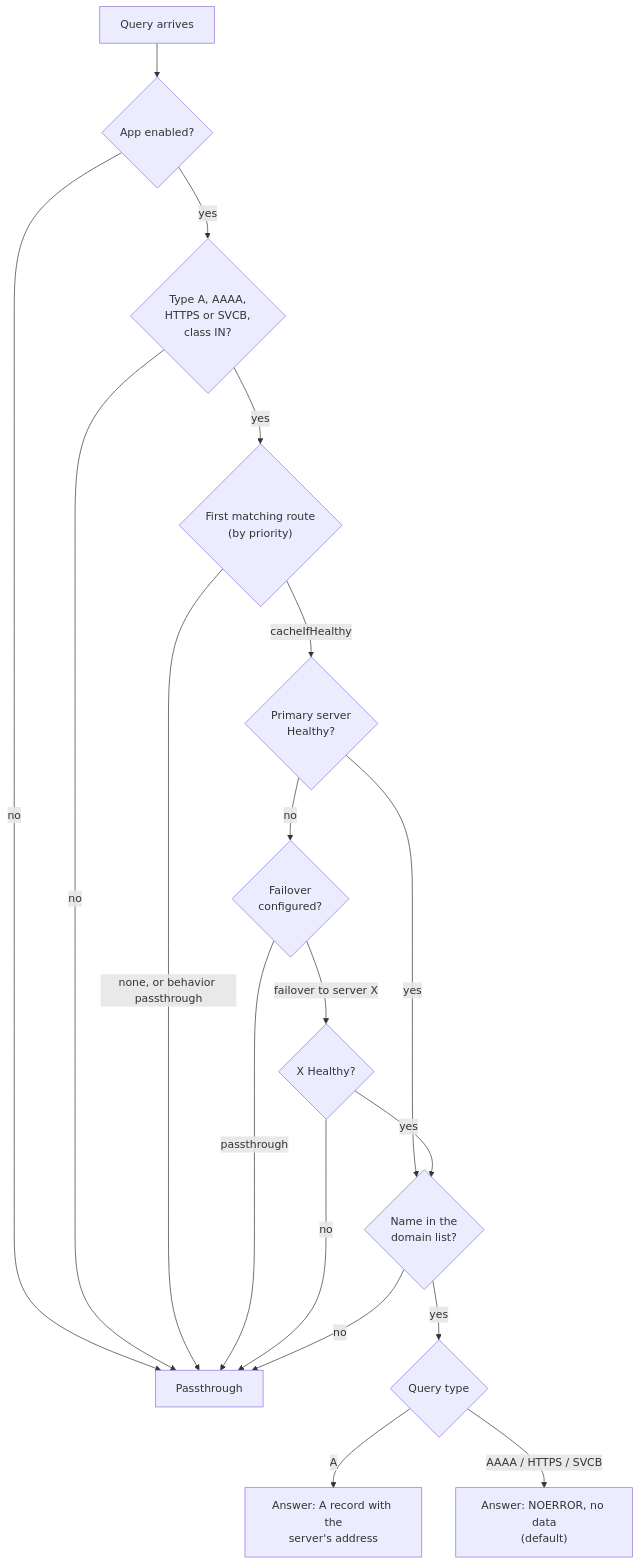
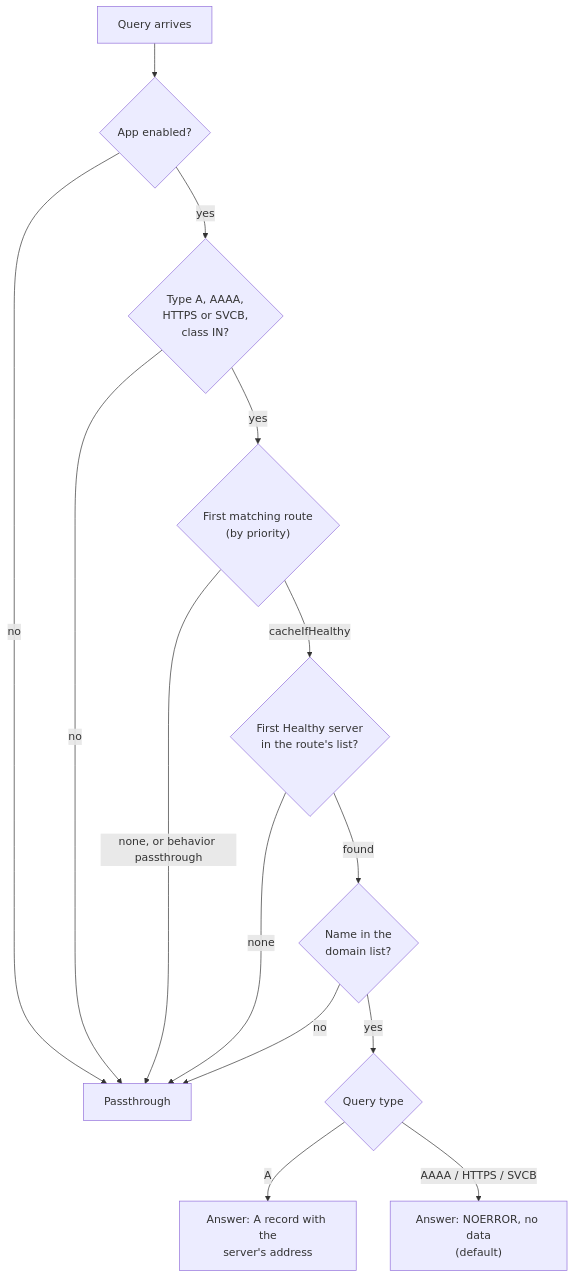
The second of 2 diagrams in docs/wiki/02-how-it-works.md (JohannesPosch/Technitium-LanCache-Router), drawn with Mermaid before and after one commit. The commit also changed other lines of this file and 25 other files, not shown here.

````diff
--- a/docs/wiki/02-how-it-works.md
+++ b/docs/wiki/02-how-it-works.md
@@ -33,20 +33,16 @@
 ```mermaid
 flowchart TD
     Q["Query arrives"] --> E{"App enabled?"}
     E -- no --> P["Passthrough"]
     E -- yes --> TY{"Type A, AAAA,<br/>HTTPS or SVCB,<br/>class IN?"}
     TY -- no --> P
     TY -- yes --> RT{"First matching route<br/>(by priority)"}
     RT -- "none, or behavior passthrough" --> P
-    RT -- "cacheIfHealthy" --> H1{"Primary server<br/>Healthy?"}
-    H1 -- yes --> DM
-    H1 -- no --> F{"Failover<br/>configured?"}
-    F -- "passthrough" --> P
-    F -- "failover to server X" --> H2{"X Healthy?"}
-    H2 -- no --> P
-    H2 -- yes --> DM
+    RT -- "cacheIfHealthy" --> H1{"First Healthy server<br/>in the route's list?"}
+    H1 -- none --> P
+    H1 -- found --> DM
     DM{"Name in the<br/>domain list?"} -- no --> P
     DM -- yes --> TYPE{"Query type"}
     TYPE -- "A" --> ANS["Answer: A record with the<br/>server's address"]
     TYPE -- "AAAA / HTTPS / SVCB" --> ND["Answer: NOERROR, no data<br/>(default)"]
 ```
````
